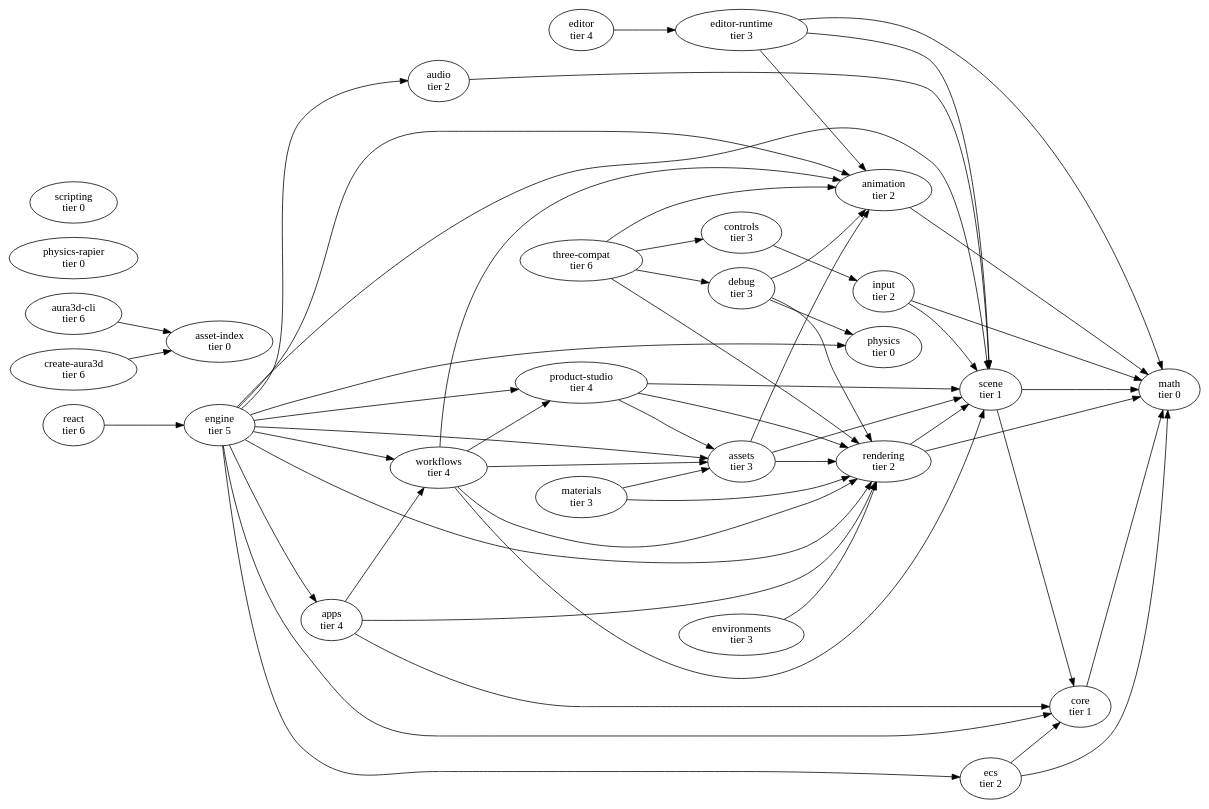
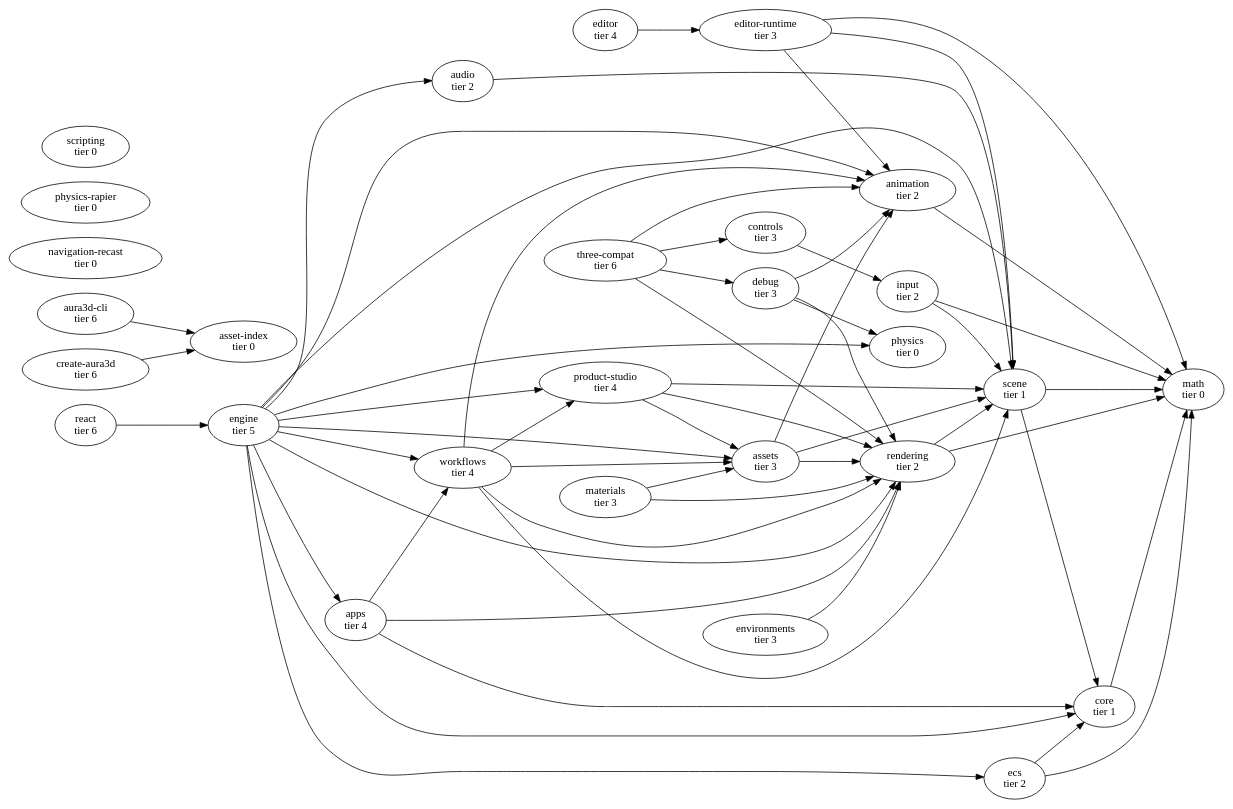
One commit to auraoneai/aura3d changed the diagram in docs/architecture/package-graph.dot. Above: the diagram before and after it, drawn with Graphviz. The commit also changed 45 other files, not shown here.

```diff
--- a/docs/architecture/package-graph.dot
+++ b/docs/architecture/package-graph.dot
@@ -1,84 +1,85 @@
 digraph aura3d {
   rankdir=LR;
   "animation" [label="animation\ntier 2"];
   "animation" -> "math";
   "apps" [label="apps\ntier 4"];
   "apps" -> "core";
   "apps" -> "rendering";
   "apps" -> "workflows";
   "asset-index" [label="asset-index\ntier 0"];
   "assets" [label="assets\ntier 3"];
   "assets" -> "animation";
   "assets" -> "rendering";
   "assets" -> "scene";
   "audio" [label="audio\ntier 2"];
   "audio" -> "scene";
   "aura3d-cli" [label="aura3d-cli\ntier 6"];
   "aura3d-cli" -> "asset-index";
   "controls" [label="controls\ntier 3"];
   "controls" -> "input";
   "core" [label="core\ntier 1"];
   "core" -> "math";
   "create-aura3d" [label="create-aura3d\ntier 6"];
   "create-aura3d" -> "asset-index";
   "debug" [label="debug\ntier 3"];
   "debug" -> "animation";
   "debug" -> "physics";
   "debug" -> "rendering";
   "ecs" [label="ecs\ntier 2"];
   "ecs" -> "core";
   "ecs" -> "math";
   "editor" [label="editor\ntier 4"];
   "editor" -> "editor-runtime";
   "editor-runtime" [label="editor-runtime\ntier 3"];
   "editor-runtime" -> "animation";
   "editor-runtime" -> "math";
   "editor-runtime" -> "scene";
   "engine" [label="engine\ntier 5"];
   "engine" -> "animation";
   "engine" -> "apps";
   "engine" -> "assets";
   "engine" -> "audio";
   "engine" -> "core";
   "engine" -> "ecs";
   "engine" -> "physics";
   "engine" -> "product-studio";
   "engine" -> "rendering";
   "engine" -> "scene";
   "engine" -> "workflows";
   "environments" [label="environments\ntier 3"];
   "environments" -> "rendering";
   "input" [label="input\ntier 2"];
   "input" -> "math";
   "input" -> "scene";
   "materials" [label="materials\ntier 3"];
   "materials" -> "assets";
   "materials" -> "rendering";
   "math" [label="math\ntier 0"];
+  "navigation-recast" [label="navigation-recast\ntier 0"];
   "physics" [label="physics\ntier 0"];
   "physics-rapier" [label="physics-rapier\ntier 0"];
   "product-studio" [label="product-studio\ntier 4"];
   "product-studio" -> "assets";
   "product-studio" -> "rendering";
   "product-studio" -> "scene";
   "react" [label="react\ntier 6"];
   "react" -> "engine";
   "rendering" [label="rendering\ntier 2"];
   "rendering" -> "math";
   "rendering" -> "scene";
   "scene" [label="scene\ntier 1"];
   "scene" -> "core";
   "scene" -> "math";
   "scripting" [label="scripting\ntier 0"];
   "three-compat" [label="three-compat\ntier 6"];
   "three-compat" -> "animation";
   "three-compat" -> "controls";
   "three-compat" -> "debug";
   "three-compat" -> "rendering";
   "workflows" [label="workflows\ntier 4"];
   "workflows" -> "animation";
   "workflows" -> "assets";
   "workflows" -> "product-studio";
   "workflows" -> "rendering";
   "workflows" -> "scene";
 }
```
